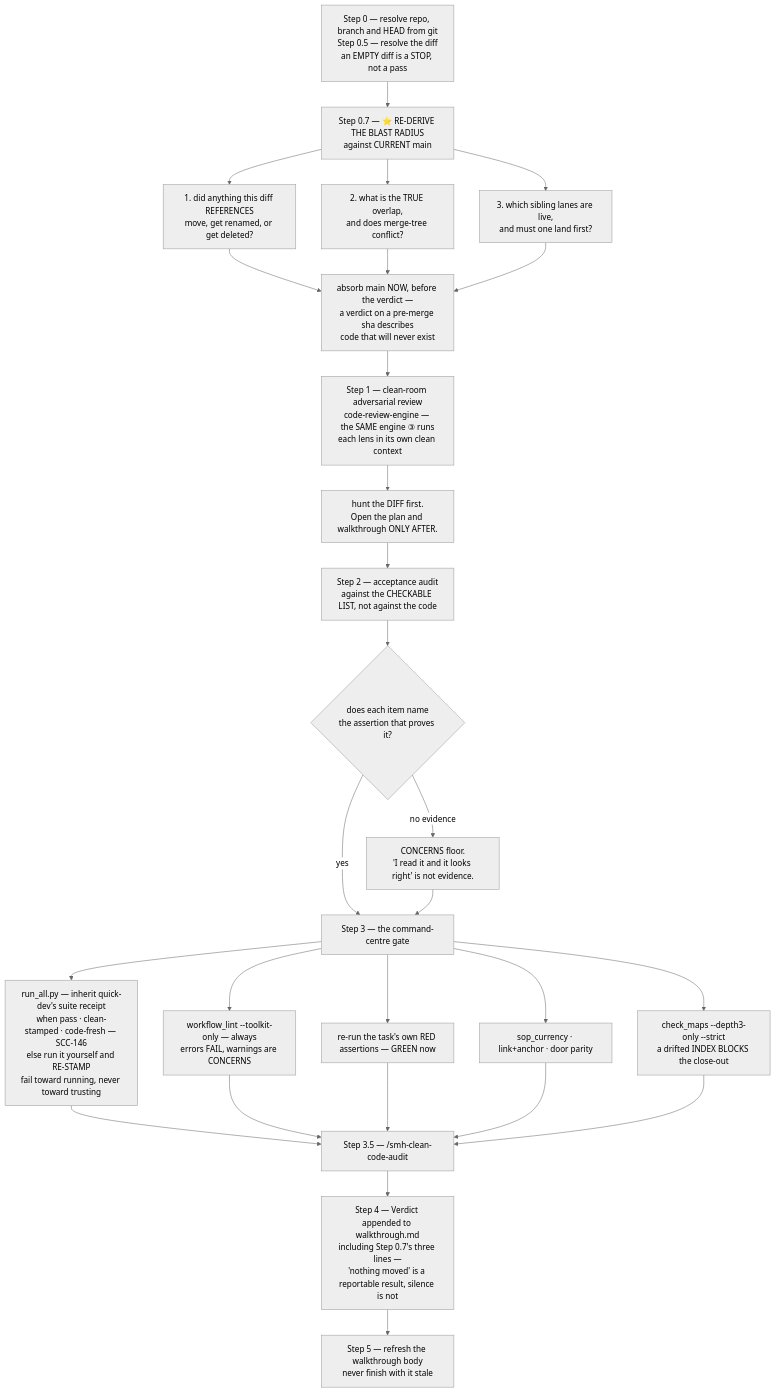
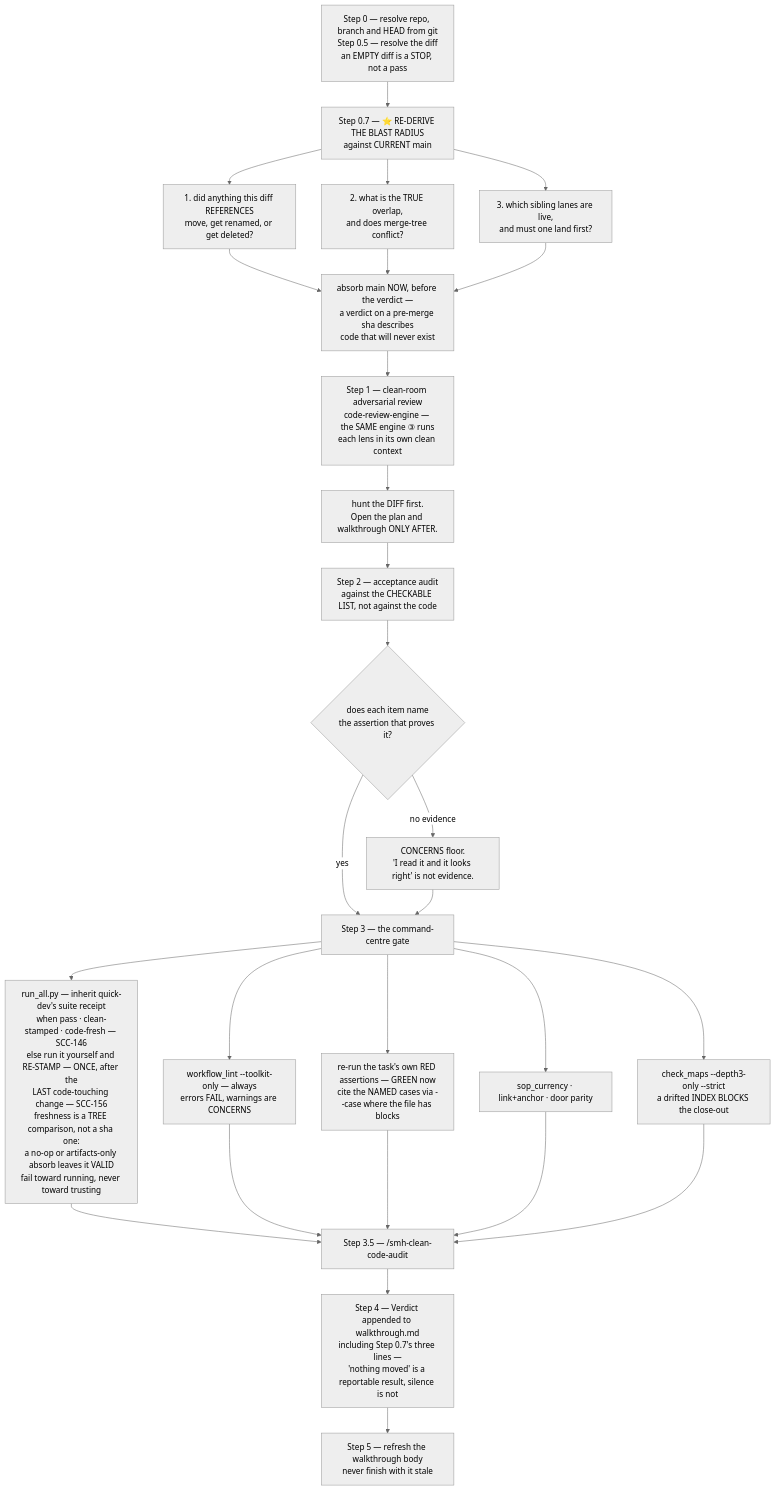
Before and after one commit to sudomadhatter/Sudo_Hatter_Command: diagram 18 of 23 in docs/_scc_sops_prds/workflows_testing_SOP.md, drawn with Mermaid (neutral theme). The commit also changed other lines of this file and 22 other files, not shown here.

First line of the commit message:
SCC-156 perf(suite): --case block filter, parallel run_all, targeted-kill doctrine, and the four command-body fixes

````diff
--- a/docs/_scc_sops_prds/workflows_testing_SOP.md
+++ b/docs/_scc_sops_prds/workflows_testing_SOP.md
@@ -1190,29 +1202,29 @@
 ```mermaid
 flowchart TD
     S0["Step 0 — resolve repo, branch and HEAD from git\nStep 0.5 — resolve the diff\nan EMPTY diff is a STOP, not a pass"] --> S07["Step 0.7 — ⭐ RE-DERIVE THE BLAST RADIUS\nagainst CURRENT main"]
     S07 --> Q1["1. did anything this diff REFERENCES\nmove, get renamed, or get deleted?"]
     S07 --> Q2["2. what is the TRUE overlap,\nand does merge-tree conflict?"]
     S07 --> Q3["3. which sibling lanes are live,\nand must one land first?"]
     Q1 --> ABS["absorb main NOW, before the verdict —\na verdict on a pre-merge sha describes\ncode that will never exist"]
     Q2 --> ABS
     Q3 --> ABS
     ABS --> S1["Step 1 — clean-room adversarial review\ncode-review-engine — the SAME engine ③ runs\neach lens in its own clean context"]
     S1 --> ORD["hunt the DIFF first.\nOpen the plan and walkthrough ONLY AFTER."]
     ORD --> S2["Step 2 — acceptance audit\nagainst the CHECKABLE LIST, not against the code"]
     S2 --> EV{"does each item name\nthe assertion that proves it?"}
     EV -- "no evidence" --> CONC["CONCERNS floor.\n'I read it and it looks right' is not evidence."]
     EV -- "yes" --> S3["Step 3 — the command-centre gate"]
     CONC --> S3
-    S3 --> G1["run_all.py — inherit quick-dev's suite receipt\nwhen pass · clean-stamped · code-fresh — SCC-146\nelse run it yourself and RE-STAMP\nfail toward running, never toward trusting"]
+    S3 --> G1["run_all.py — inherit quick-dev's suite receipt\nwhen pass · clean-stamped · code-fresh — SCC-146\nelse run it yourself and RE-STAMP — ONCE, after the\nLAST code-touching change — SCC-156\nfreshness is a TREE comparison, not a sha one:\na no-op or artifacts-only absorb leaves it VALID\nfail toward running, never toward trusting"]
     S3 --> G2["workflow_lint --toolkit-only — always\nerrors FAIL, warnings are CONCERNS"]
-    S3 --> G3["re-run the task's own RED assertions — GREEN now"]
+    S3 --> G3["re-run the task's own RED assertions — GREEN now\ncite the NAMED cases via --case where the file has blocks"]
     S3 --> G4["sop_currency · link+anchor · door parity"]
     S3 --> G5["check_maps --depth3-only --strict\na drifted INDEX BLOCKS the close-out"]
     G1 --> S35["Step 3.5 — /smh-clean-code-audit"]
     G2 --> S35
     G3 --> S35
     G4 --> S35
     G5 --> S35
     S35 --> S4["Step 4 — Verdict appended to walkthrough.md\nincluding Step 0.7's three lines —\n'nothing moved' is a reportable result, silence is not"]
     S4 --> S5["Step 5 — refresh the walkthrough body\nnever finish with it stale"]
 ```
````
